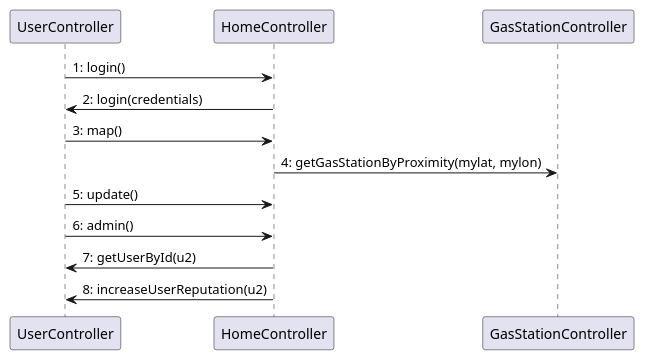
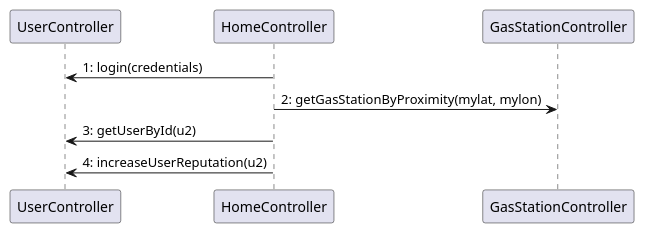
The fifth of 6 diagrams in docs/DesignDocument.md (LucaOddoneSE/EZGas), drawn with PlantUML before and after one commit. The commit also changed other lines of this file, not shown here.

Commit message:
docs: fix verification sequence diagrams

````diff
--- a/docs/DesignDocument.md
+++ b/docs/DesignDocument.md
@@ -627,12 +627,8 @@
 ```plantuml
 @startuml
-UserController -> HomeController : 1: login()
-UserController <- HomeController : 2: login(credentials)
-UserController -> HomeController : 3: map()
-HomeController -> GasStationController : 4: getGasStationByProximity(mylat, mylon)
-UserController -> HomeController : 5: update()
-UserController -> HomeController : 6: admin()
-UserController <- HomeController : 7: getUserById(u2)
-UserController <- HomeController : 8: increaseUserReputation(u2)
+UserController <- HomeController : 1: login(credentials)
+HomeController -> GasStationController : 2: getGasStationByProximity(mylat, mylon)
+UserController <- HomeController : 3: getUserById(u2)
+UserController <- HomeController : 4: increaseUserReputation(u2)
 @enduml
 ```
````
